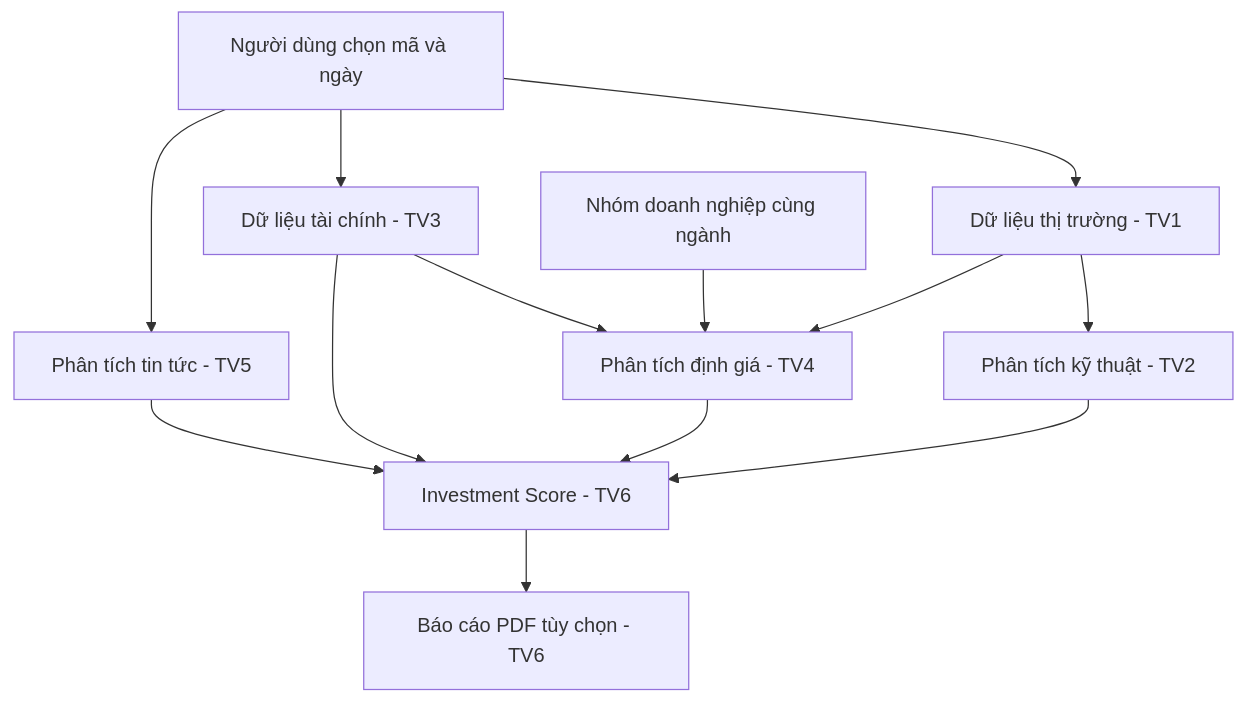
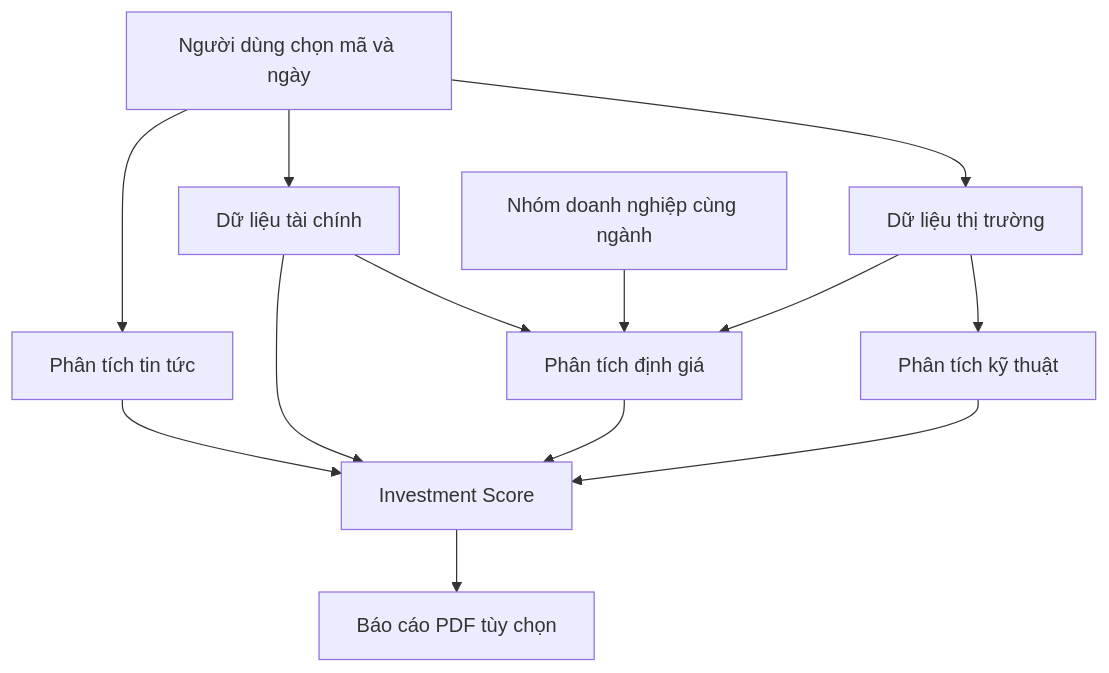
The diagram in README.md (hoanttk24414-max/StockLens), drawn with Mermaid before and after one commit.

Commit message:
Simplify flowchart labels in README.md

````diff
--- a/README.md
+++ b/README.md
@@ -34,15 +34,15 @@
 ```mermaid
 flowchart TD
-    A[Người dùng chọn mã và ngày] --> B[Dữ liệu thị trường - TV1]
-    A --> C[Dữ liệu tài chính - TV3]
-    B --> D[Phân tích kỹ thuật - TV2]
-    B --> E[Phân tích định giá - TV4]
+    A[Người dùng chọn mã và ngày] --> B[Dữ liệu thị trường]
+    A --> C[Dữ liệu tài chính]
+    B --> D[Phân tích kỹ thuật]
+    B --> E[Phân tích định giá]
     C --> E
     F[Nhóm doanh nghiệp cùng ngành] --> E
-    A --> G[Phân tích tin tức - TV5]
-    D --> H[Investment Score - TV6]
+    A --> G[Phân tích tin tức]
+    D --> H[Investment Score]
     C --> H
     E --> H
     G --> H
-    H --> I[Báo cáo PDF tùy chọn - TV6]
+    H --> I[Báo cáo PDF tùy chọn]
 ```
````
